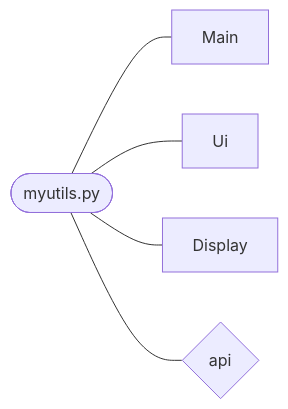
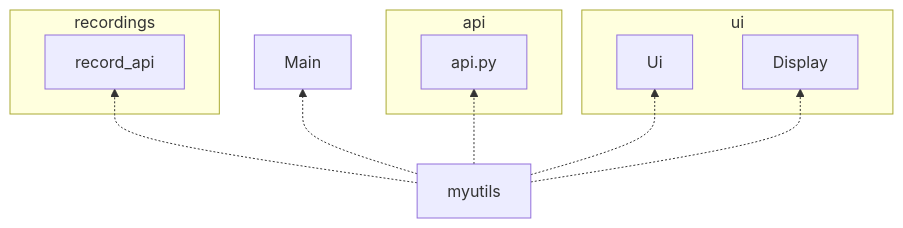
Before and after one commit to astranero/ot-harjoitustyo-1: the second of 4 diagrams in bussitt-app/dokumentaatio/arkkitehtuuri.md, drawn with Mermaid. The commit also changed other lines of this file and 8 other files, not shown here.

````diff
--- a/bussitt-app/dokumentaatio/arkkitehtuuri.md
+++ b/bussitt-app/dokumentaatio/arkkitehtuuri.md
@@ -16,7 +34,21 @@
 ```mermaid
-flowchart LR
-    myutils([myutils.py]) --- Main
-    myutils([myutils.py]) --- Ui
-    myutils([myutils.py]) --- Display
-    myutils([myutils.py]) --- api{api}
+flowchart BT
+    subgraph ui
+    Ui
+    Display
+    end
+
+    subgraph api
+    api.py
+    end
+
+    subgraph recordings
+    record_api    
+    end
+
+    myutils -.-> Main
+    myutils -.-> Ui
+    myutils -.-> Display
+    myutils -.-> record_api
+    myutils -.-> api.py
 ```
````
